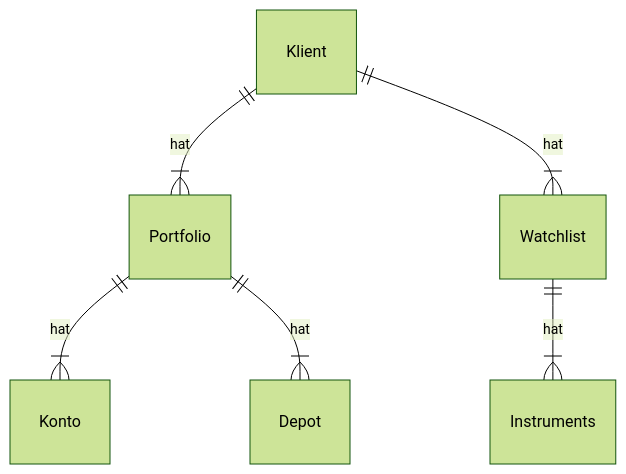
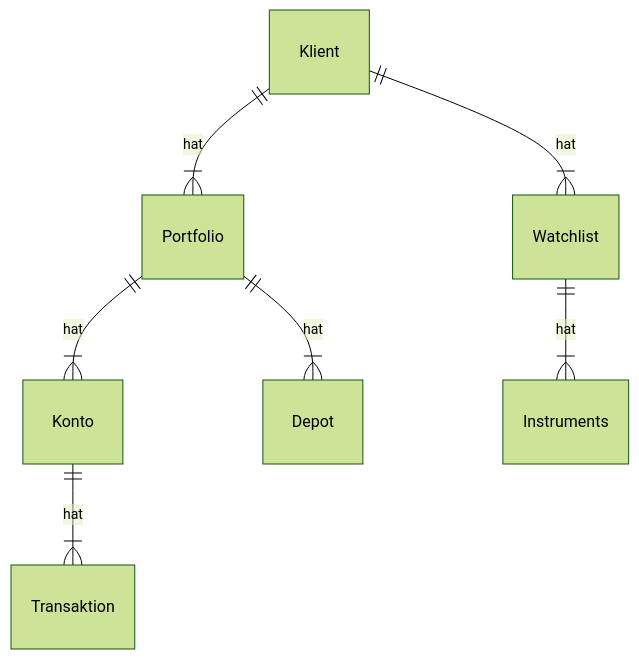
The diagram in manual/content/tenantportfolio/_index.de.md (grafioschtrader/grafioschtrader), drawn with Mermaid (forest theme) before and after one commit. The commit also changed 11 other files, not shown here.

```diff
--- a/manual/content/tenantportfolio/_index.de.md
+++ b/manual/content/tenantportfolio/_index.de.md
@@ -12,8 +12,9 @@
 {{< mermaid >}}
 erDiagram
     Klient ||--|{ Portfolio : hat
     Portfolio ||--|{ Konto : hat
     Portfolio ||--|{ Depot : hat
     Klient ||--|{ Watchlist : hat
     Watchlist ||--|{ Instruments : hat
+    Konto ||--|{ Transaktion : hat
 {{< /mermaid >}}
```
